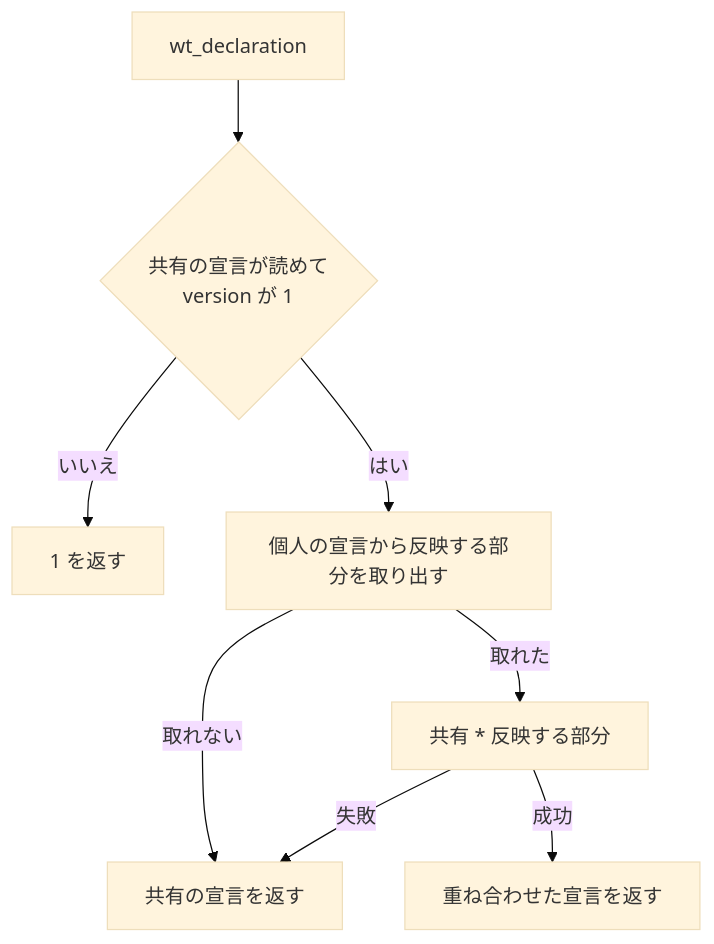
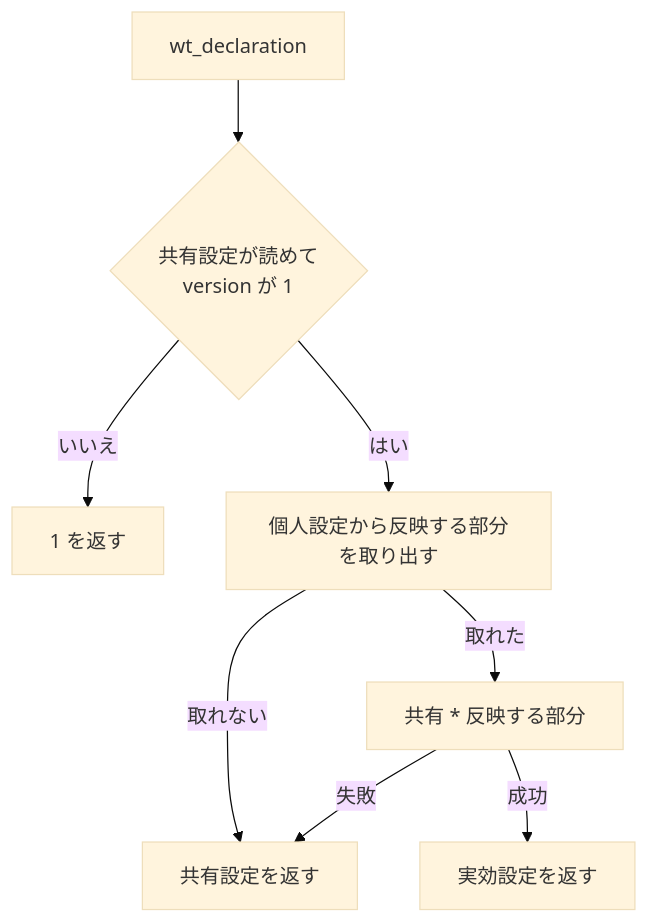
The first of 2 diagrams in docs/specifications/ndf-worktree-declaration-and-entry-points.md (devbasex/ai-plugins), drawn with Mermaid (base theme) before and after one commit. The commit also changed other lines of this file, not shown here.

````diff
--- a/docs/specifications/ndf-worktree-declaration-and-entry-points.md
+++ b/docs/specifications/ndf-worktree-declaration-and-entry-points.md
@@ -166,10 +166,10 @@
 ```mermaid
 graph TD
-    A[wt_declaration] --> B{共有の宣言が読めて<br/>version が 1}
+    A[wt_declaration] --> B{共有設定が読めて<br/>version が 1}
     B -->|いいえ| X[1 を返す]
-    B -->|はい| C[個人の宣言から反映する部分を取り出す]
-    C -->|取れない| S[共有の宣言を返す]
+    B -->|はい| C[個人設定から反映する部分を取り出す]
+    C -->|取れない| S[共有設定を返す]
     C -->|取れた| D[共有 * 反映する部分]
-    D -->|成功| M[重ね合わせた宣言を返す]
+    D -->|成功| M[実効設定を返す]
     D -->|失敗| S
 ```
````
